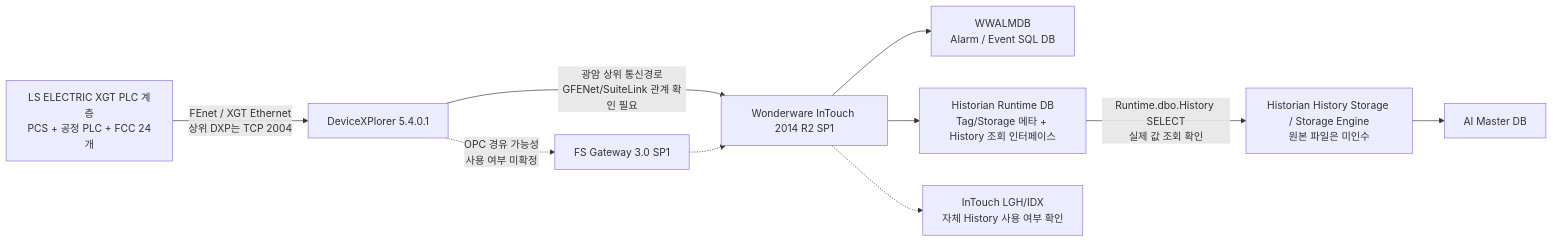
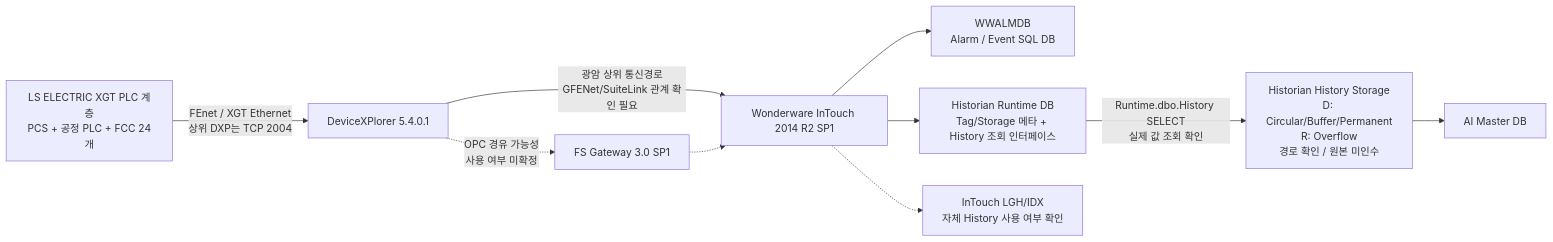
One commit to hori5000/Rulmera-OPA changed the diagram in 20-Water-AI/광암/00-광암-홈.md. Above: the diagram before and after it, drawn with Mermaid. The commit also changed other lines of this file and 177 other files, not shown here.

````diff
--- a/20-Water-AI/광암/00-광암-홈.md
+++ b/20-Water-AI/광암/00-광암-홈.md
@@ -29,12 +30,12 @@
 ```mermaid
 flowchart LR
     PLC["LS ELECTRIC XGT PLC 계층<br/>PCS + 공정 PLC + FCC 24개"] -->|"FEnet / XGT Ethernet<br/>상위 DXP는 TCP 2004"| DXP["DeviceXPlorer 5.4.0.1"]
     DXP -->|"광암 상위 통신경로<br/>GFENet/SuiteLink 관계 확인 필요"| IT["Wonderware InTouch 2014 R2 SP1"]
     DXP -.->|"OPC 경유 가능성<br/>사용 여부 미확정"| FSG["FS Gateway 3.0 SP1"]
     FSG -.-> IT
     IT --> ALM["WWALMDB<br/>Alarm / Event SQL DB"]
     IT --> HISTCFG["Historian Runtime DB<br/>Tag/Storage 메타 + History 조회 인터페이스"]
-    HISTCFG -->|"Runtime.dbo.History SELECT<br/>실제 값 조회 확인"| HISTDATA["Historian History Storage / Storage Engine<br/>원본 파일은 미인수"]
+    HISTCFG -->|"Runtime.dbo.History SELECT<br/>실제 값 조회 확인"| HISTDATA["Historian History Storage<br/>D: Circular/Buffer/Permanent<br/>R: Overflow<br/>경로 확인 / 원본 미인수"]
     IT -.-> LGH["InTouch LGH/IDX<br/>자체 History 사용 여부 확인"]
     HISTDATA --> MASTER["AI Master DB"]
 ```
````
